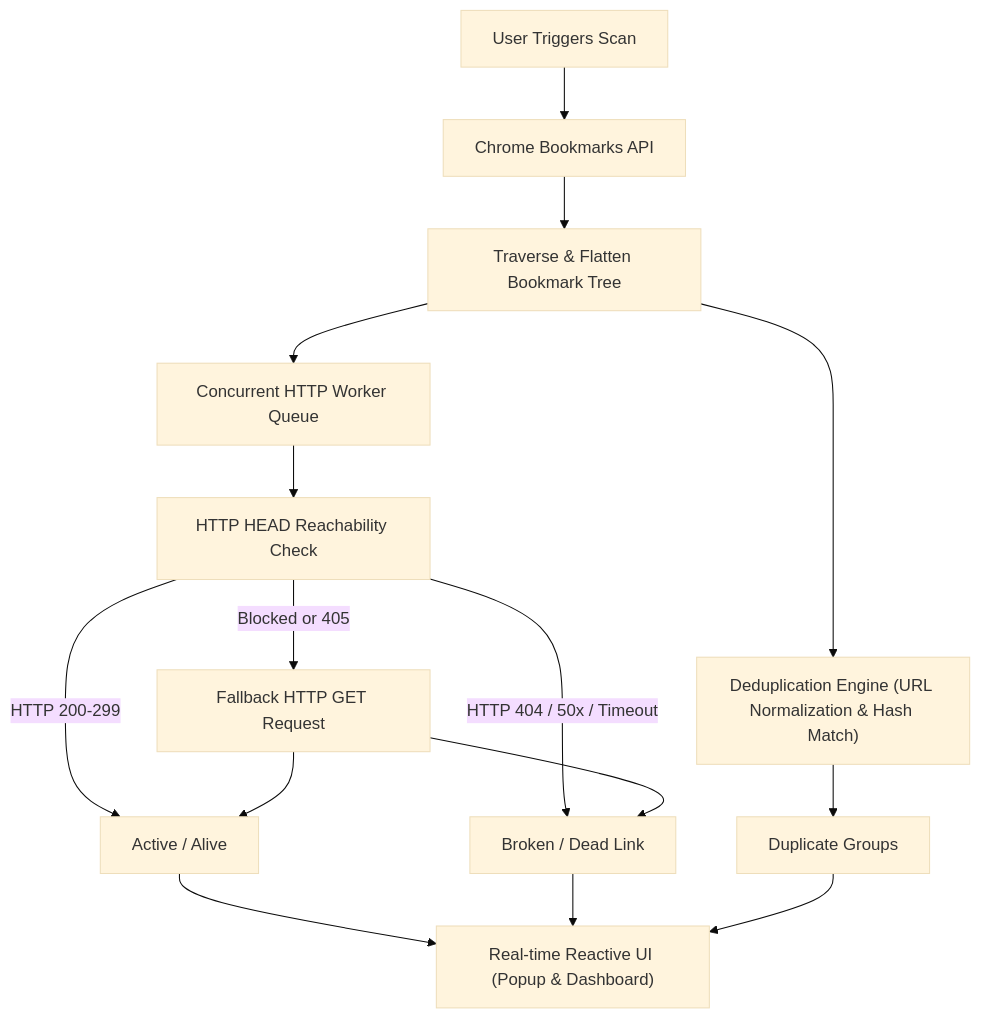
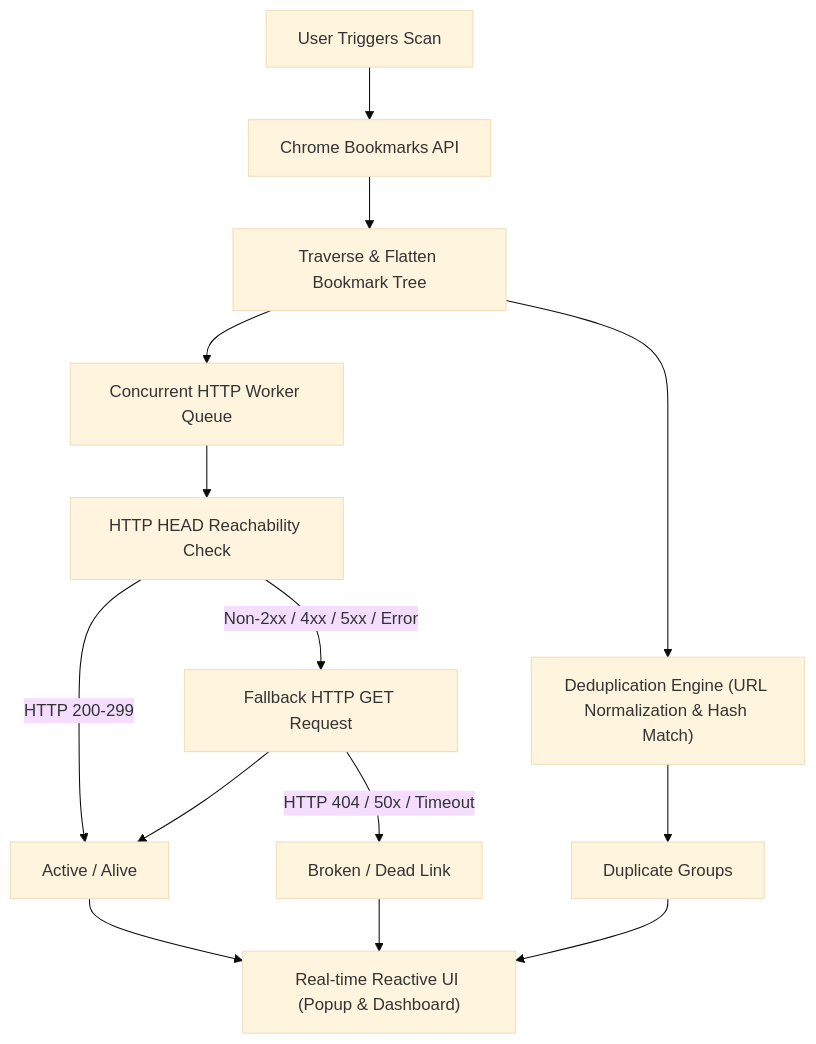
The diagram in README.md (onurb120/ChromePluginBookmarkChecker), drawn with Mermaid (base theme) before and after one commit. The commit also changed 11 other files, not shown here.

````diff
--- a/README.md
+++ b/README.md
@@ -82,17 +82,16 @@
 ```mermaid
 flowchart TD
     A["User Triggers Scan"] --> B["Chrome Bookmarks API"]
     B --> C["Traverse & Flatten Bookmark Tree"]
     C --> D["Deduplication Engine (URL Normalization & Hash Match)"]
     C --> E["Concurrent HTTP Worker Queue"]
     E --> F["HTTP HEAD Reachability Check"]
-    F -->|"Blocked or 405"| G["Fallback HTTP GET Request"]
+    F -->|"Non-2xx / 4xx / 5xx / Error"| G["Fallback HTTP GET Request"]
     F -->|"HTTP 200-299"| H["Active / Alive"]
-    F -->|"HTTP 404 / 50x / Timeout"| I["Broken / Dead Link"]
     G --> H
-    G --> I
+    G -->|"HTTP 404 / 50x / Timeout"| I["Broken / Dead Link"]
     D --> J["Duplicate Groups"]
     H --> K["Real-time Reactive UI (Popup & Dashboard)"]
     I --> K
     J --> K
 ```
````
